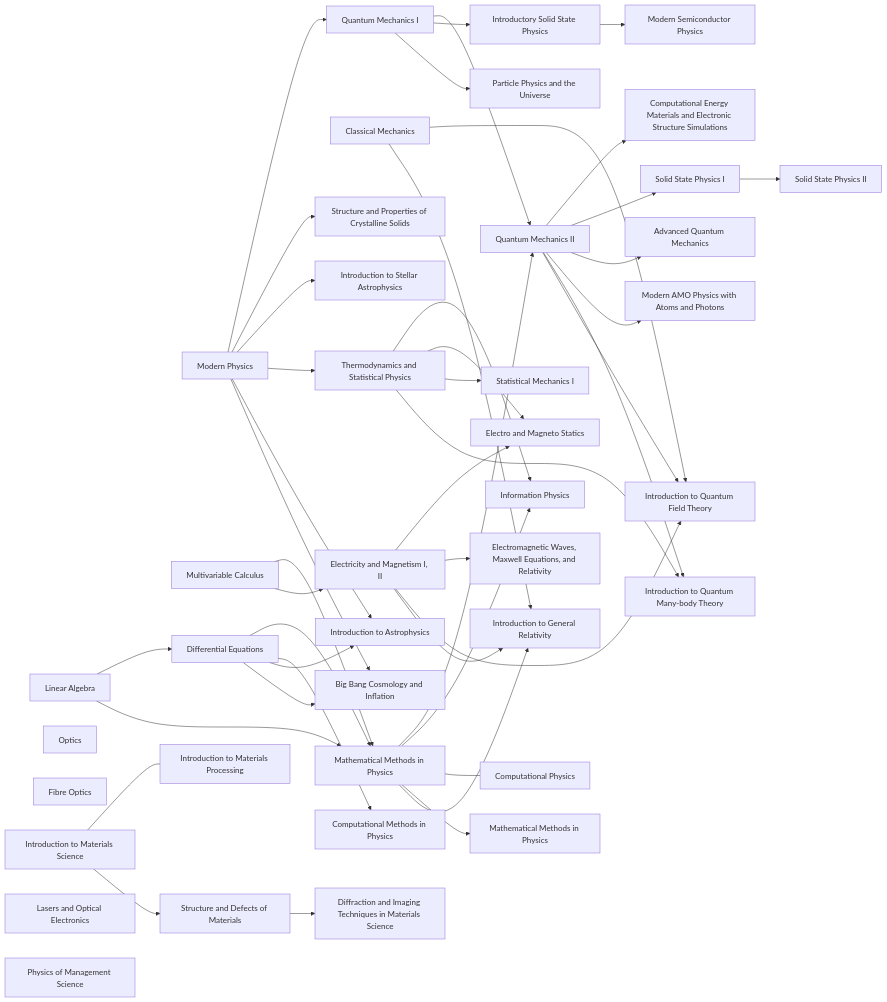
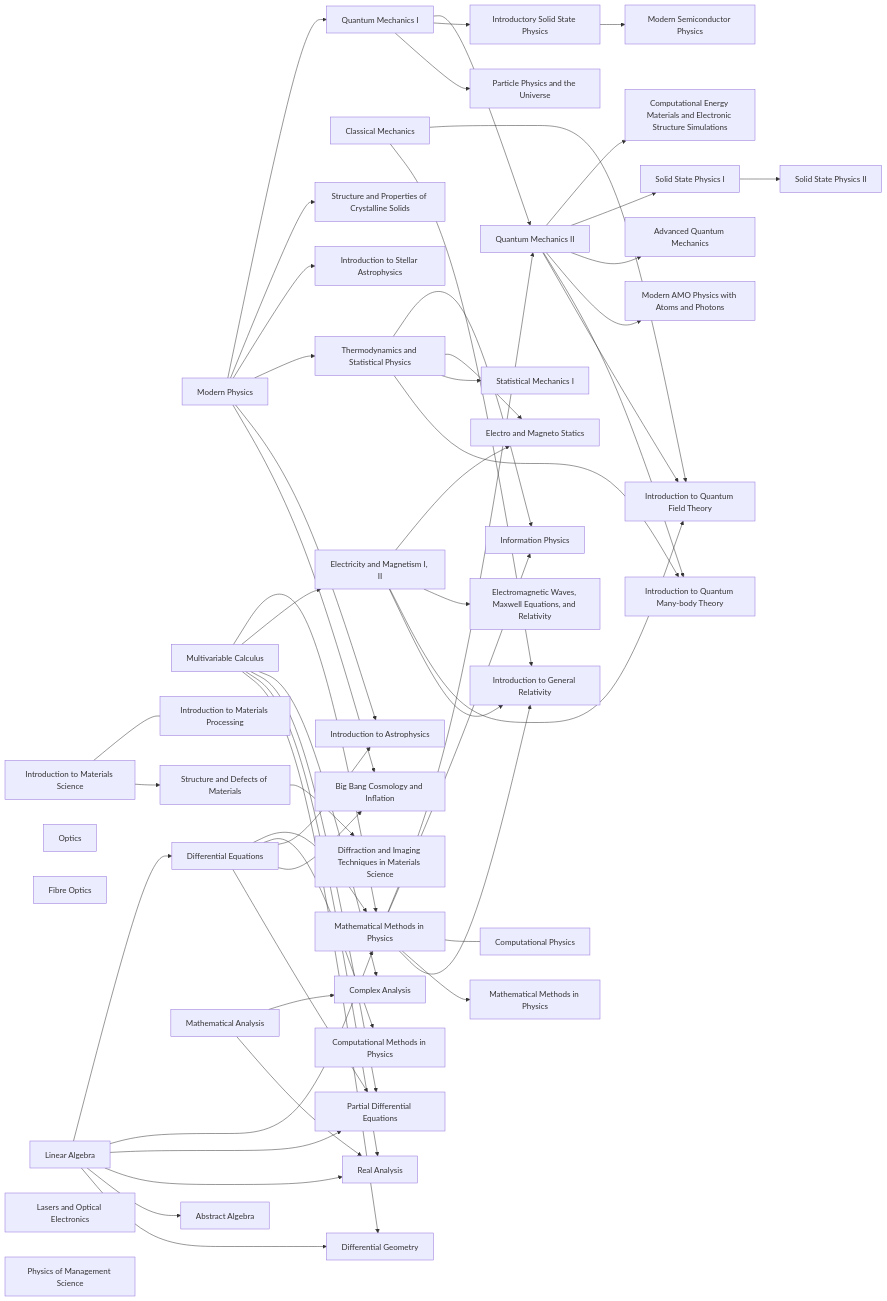
Before and after one commit to q-inho/q-inho.github.io: the diagram in _posts/Physics/General/2022-09-16-Study-Roadmap-for-Physics.md, drawn with Mermaid. The commit also changed other lines of this file and 2 other files, not shown here.

Commit message:
upate mermaid

```diff
--- a/_posts/Physics/General/2022-09-16-Study-Roadmap-for-Physics.md
+++ b/_posts/Physics/General/2022-09-16-Study-Roadmap-for-Physics.md
@@ -20,43 +20,50 @@
 <div class="mermaid"> 
       graph LR
         PHYS2022[Modern Physics]
         MATH2023[Multivariable Calculus]
         MATH2121[Linear Algebra] --> MATH2352[Differential Equations]
         MATH2023 & MATH2121 & MATH2352 --> PHYS3031[Mathematical Methods in Physics]
         PHYS3032[Classical Mechanics]
         MATH2023 --> PHYS3033[Electricity and Magnetism I, II]
         PHYS2022 --> PHYS3036[Quantum Mechanics I]
         PHYS3038[Optics]
         PHYS3039[Fibre Optics]
         PHYS3040[Introduction to Materials Science] --- PHYS3041[Introduction to Materials Processing]
         PHYS2022 --> PHYS3042[Structure and Properties of Crystalline Solids]
         PHYS2022 --> PHYS3071[Introduction to Stellar Astrophysics]
         MATH2352 --> PHYS3142[Computational Methods in Physics]
         PHYS2022 --> PHYS4050[Thermodynamics and Statistical Physics]
         PHYS3031 & PHYS3036 --> PHYS4051[Quantum Mechanics II]
         PHYS3036 --> PHYS4052[Introductory Solid State Physics]
         PHYS4053[Lasers and Optical Electronics]
         PHYS2022 & MATH2352 --> PHYS4054[Introduction to Astrophysics]
         PHYS3036 --> PHYS4055[Particle Physics and the Universe]
         PHYS3040 --> PHYS4057[Structure and Defects of Materials]
         PHYS3031 & PHYS4050 --> PHYS4058[Information Physics]
         PHYS4059[Physics of Management Science]
         PHYS3031 --- PHYS4060[Computational Physics]
         PHYS2022 & MATH2352 --> PHYS4071[Big Bang Cosmology and Inflation]
         PHYS3031 --> PHYS5110[Mathematical Methods in Physics]
         PHYS4051 --> PHYS5120[Computational Energy Materials and Electronic Structure Simulations]
         PHYS4051 --> PHYS5170[Solid State Physics I]
         PHYS3033 & PHYS4050 --> PHYS5200[Electro and Magneto Statics]
         PHYS3033 --> PHYS5210[Electromagnetic Waves, Maxwell Equations, and Relativity]
         PHYS4051 --> PHYS5260[Advanced Quantum Mechanics]
         PHYS4051 --> PHYS5280[Modern AMO Physics with Atoms and Photons]
         PHYS4050 --> PHYS5310[Statistical Mechanics I]
         PHYS4050 & PHYS4051 --> PHYS5340[Introduction to Quantum Many-body Theory]
         PHYS5170 --> PHYS5370[Solid State Physics II]
         PHYS3032 & PHYS3033 & PHYS4051 --> PHYS5520[Introduction to Quantum Field Theory]
         PHYS3032 & PHYS3033 & PHYS3031 --> PHYS5530[Introduction to General Relativity]
         PHYS4052 --> PHYS5810[Modern Semiconductor Physics]
         PHYS4057 --> PHYS5820[Diffraction and Imaging Techniques in Materials Science]
+        MATH2033[Mathematical Analysis]
+        MATH2023 & MATH2033 -->   MATH4023[Complex Analysis]
+        MATH2023 & MATH2121 & MATH2352 --> MATH4052[Partial Differential Equations]
+        MATH2023 & MATH2033 & MATH2121 --> MATH3033[Real Analysis]
+        MATH2121 --> MATH3121[Abstract Algebra]
+        MATH2023 & MATH2121 --> MATH4223[Differential Geometry]
+
 
 
 </div>
```
